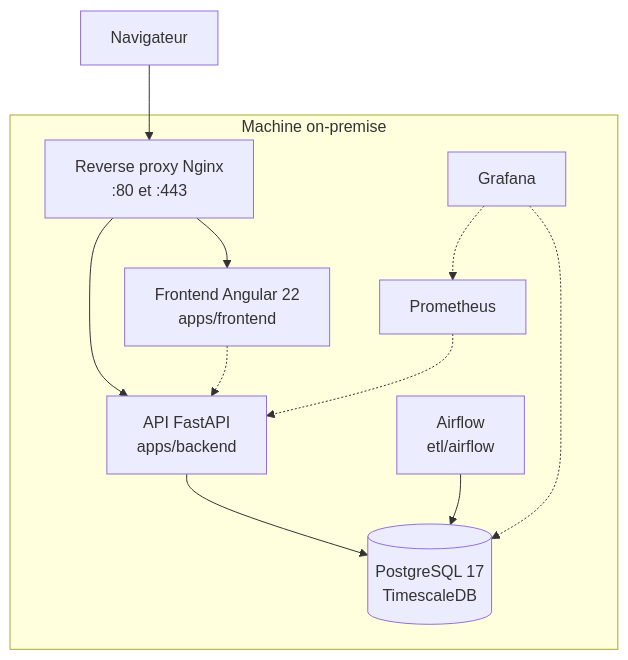
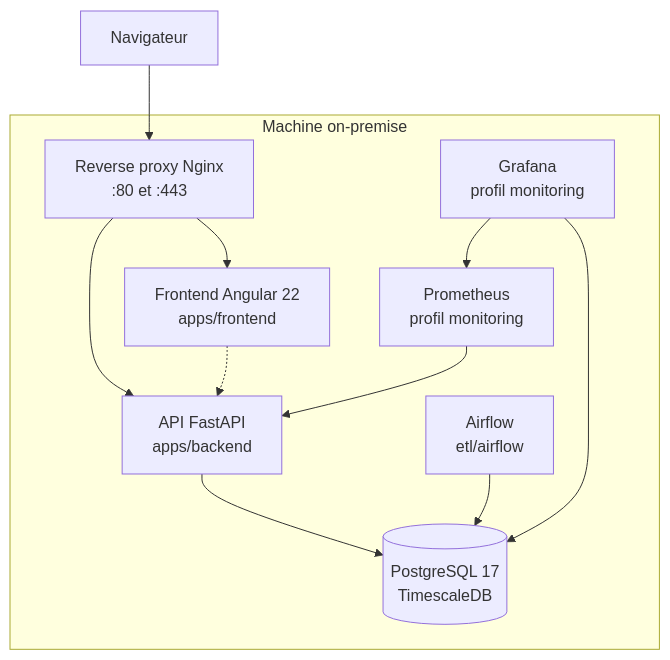
One commit to ineszang/ProjetPiscine_EnerVision changed the second of 3 diagrams in docs/architecture/00-vue-ensemble.md. Above: the diagram before and after it, drawn with Mermaid. The commit also changed other lines of this file and 11 other files, not shown here.

````diff
--- a/docs/architecture/00-vue-ensemble.md
+++ b/docs/architecture/00-vue-ensemble.md
@@ -44,24 +44,24 @@
 ```mermaid
 flowchart TB
   navigateur["Navigateur"]
 
   subgraph machine["Machine on-premise"]
     proxy["Reverse proxy Nginx<br/>:80 et :443"]
     front["Frontend Angular 22<br/>apps/frontend"]
     api["API FastAPI<br/>apps/backend"]
     db[("PostgreSQL 17<br/>TimescaleDB")]
     airflow["Airflow<br/>etl/airflow"]
-    prom["Prometheus"]
-    grafana["Grafana"]
+    prom["Prometheus<br/>profil monitoring"]
+    grafana["Grafana<br/>profil monitoring"]
   end
 
   navigateur --> proxy
   proxy --> front
   proxy --> api
   front -.-> api
   api --> db
   airflow --> db
-  prom -.-> api
-  grafana -.-> db
-  grafana -.-> prom
+  prom --> api
+  grafana --> db
+  grafana --> prom
 ```
````
